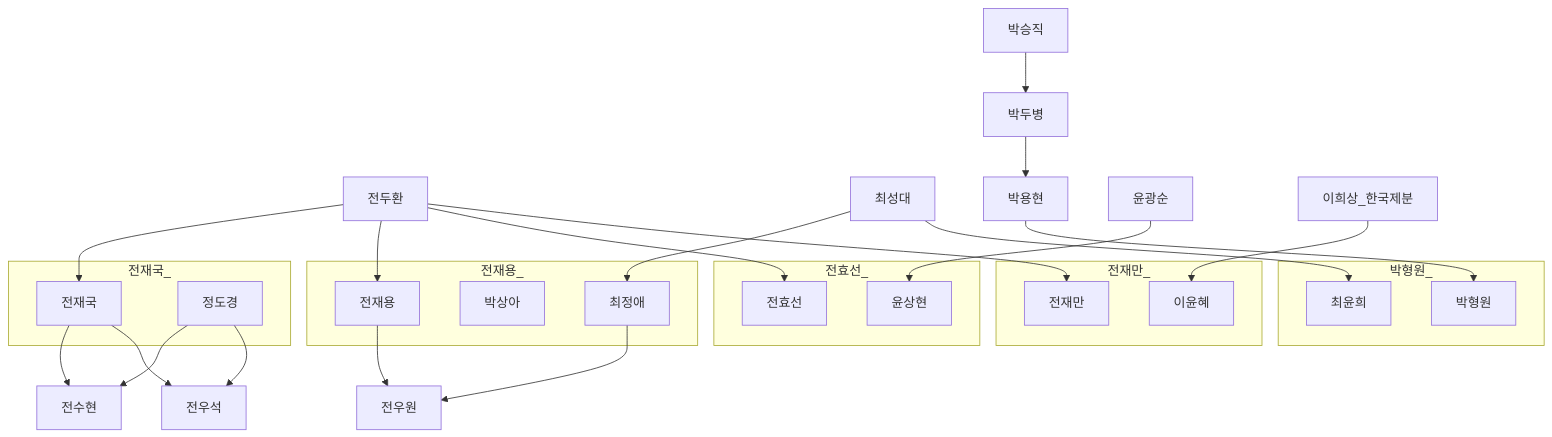
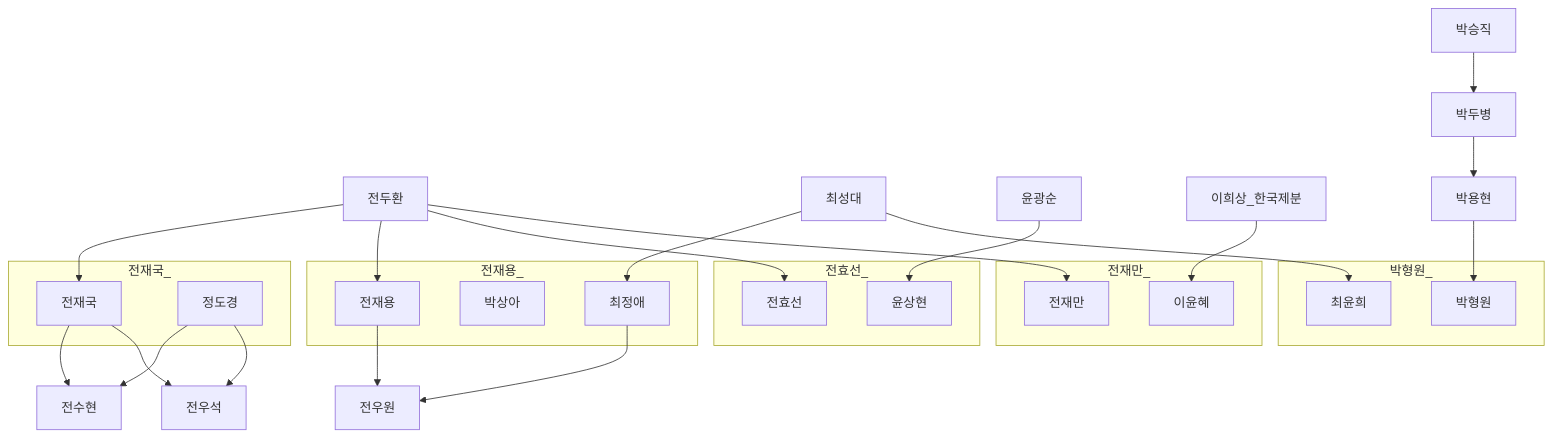
Before and after one commit to daewonyoon/historigram: the diagram in 한국사/전두환중심.md, drawn with Mermaid. The commit also changed other lines of this file and 4 other files, not shown here.

````diff
--- a/한국사/전두환중심.md
+++ b/한국사/전두환중심.md
@@ -1,46 +1,46 @@
 ```mermaid
 graph TD
 
     전두환 --> 전재국 --> 전수현
     정도경 --> 전수현
     전재국 --> 전우석
     정도경 --> 전우석
 
     subgraph 전재국_
         전재국
         정도경
     end
 
     전두환 --> 전재용 --> 전우원
     
     subgraph 전재용_
         전재용
         박상아
         최정애
     end
 
     최성대 --> 최정애 --> 전우원
     최성대 --> 최윤희
 
     subgraph 박형원_
         박형원
         최윤희
     end 
-    박승직 --> 박두병 --> 박용현 --> 박형원
     전두환 --> 전효선
     윤광순 --> 윤상현
     subgraph 전효선_
         전효선
         윤상현
     end
 
     전두환 --> 전재만
     이희상_한국제분 --> 이윤혜
     subgraph 전재만_
         전재만
         이윤혜
     end
+    박승직 --> 박두병 --> 박용현 --> 박형원
 
 
 
 ```    
````
